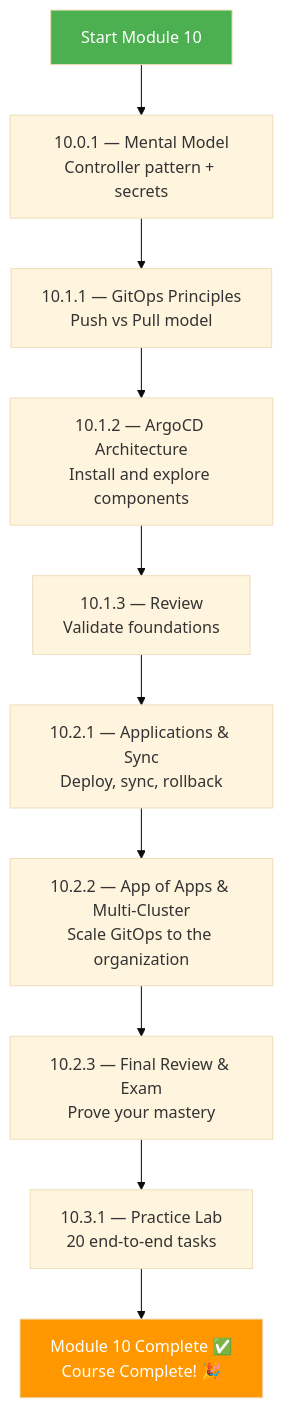
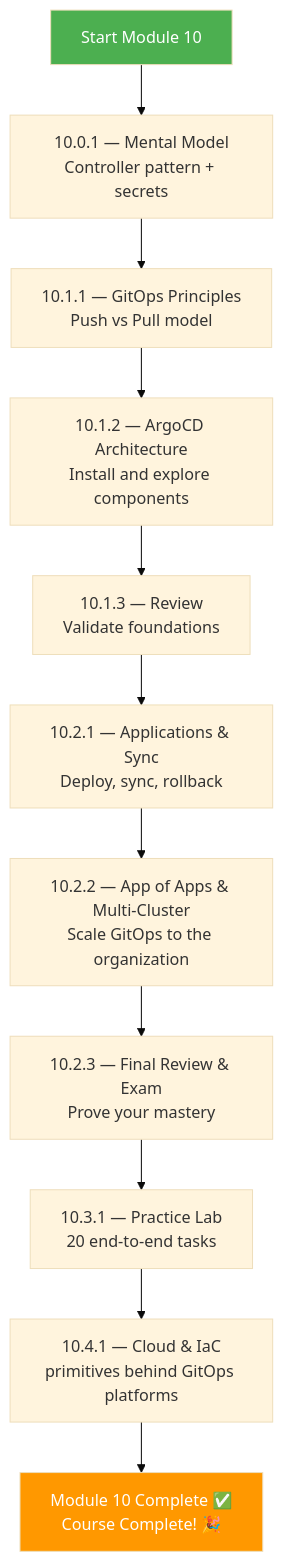
The second of 3 diagrams in 10-GitOps-ArgoCD/Module_10_Approach_Guide.md (VidhyadharanSS/PlatformEngineeringNotes), drawn with Mermaid (base theme) before and after one commit. The commit also changed other lines of this file and 120 other files, not shown here.

````diff
--- a/10-GitOps-ArgoCD/Module_10_Approach_Guide.md
+++ b/10-GitOps-ArgoCD/Module_10_Approach_Guide.md
@@ -52,15 +55,16 @@
 ```mermaid
 flowchart TD
     A[Start Module 10] --> Z["10.0.1 — Mental Model<br/>Controller pattern + secrets"]
     Z --> B["10.1.1 — GitOps Principles<br/>Push vs Pull model"]
     B --> C["10.1.2 — ArgoCD Architecture<br/>Install and explore components"]
     C --> D["10.1.3 — Review<br/>Validate foundations"]
     D --> E["10.2.1 — Applications & Sync<br/>Deploy, sync, rollback"]
     E --> F["10.2.2 — App of Apps & Multi-Cluster<br/>Scale GitOps to the organization"]
     F --> G["10.2.3 — Final Review & Exam<br/>Prove your mastery"]
     G --> P["10.3.1 — Practice Lab<br/>20 end-to-end tasks"]
-    P --> H[Module 10 Complete ✅<br/>Course Complete! 🎉]
+    P --> C4["10.4.1 — Cloud & IaC<br/>primitives behind GitOps platforms"]
+    C4 --> H[Module 10 Complete ✅<br/>Course Complete! 🎉]
 
     style A fill:#4CAF50,color:#fff
     style H fill:#FF9800,color:#fff
 ```
````
